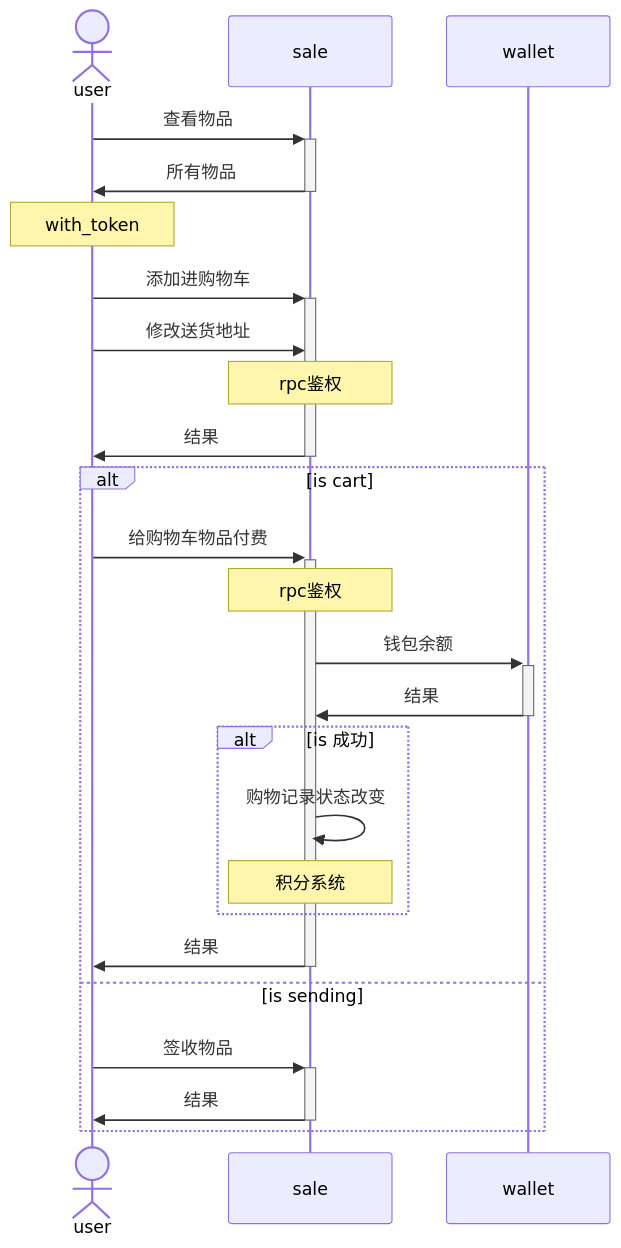
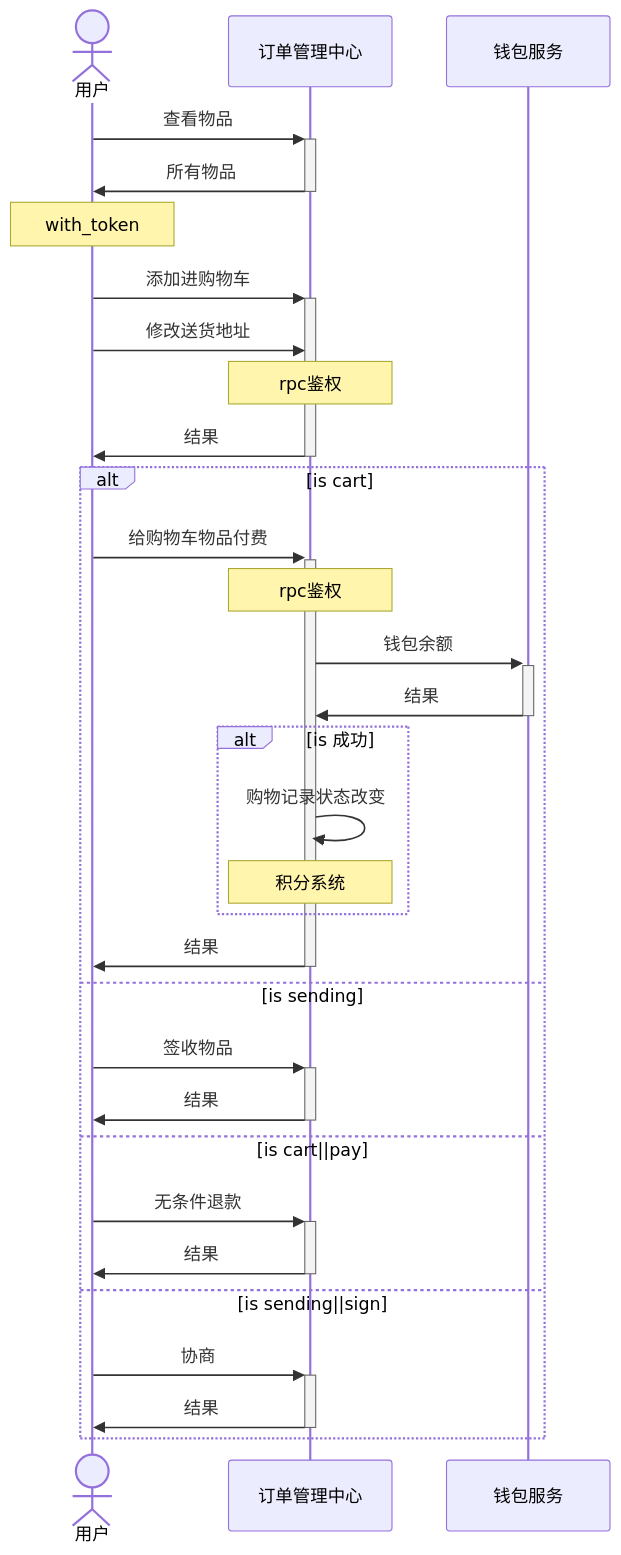
One commit to haohanyuzmx/supermarket changed the fourth of 5 diagrams in sale.md. Above: the diagram before and after it, drawn with Mermaid. The commit also changed other lines of this file and 6 other files, not shown here.

````diff
--- a/sale.md
+++ b/sale.md
@@ -36,31 +78,39 @@
 ```mermaid
 sequenceDiagram
-		actor u as user
-    participant s as sale
-    participant w as wallet
+		actor u as 用户
+    participant s as 订单管理中心
+    participant w as 钱包服务
     u->>+s:查看物品
     s->>-u:所有物品
     note over u:with_token
     u->>+s:添加进购物车
     u->>s:修改送货地址
     note over s: rpc鉴权
     s->>-u:结果
     
     alt is cart
     u->>+s:给购物车物品付费
     note over s: rpc鉴权
     s->>+w: 钱包余额
     w->>-s: 结果
     alt is 成功
     s->>s: 购物记录状态改变
     note over s:积分系统
     end
     s->>-u:结果
     
     else is sending
     u->>+s:签收物品
     s->>-u:结果
+    
+    else is cart||pay
+    u->>+s:无条件退款
+    s->>-u:结果
+    
+    else is sending||sign
+    u->>+s:协商
+    s->>-u:结果
     end
 
 
 ```
````
